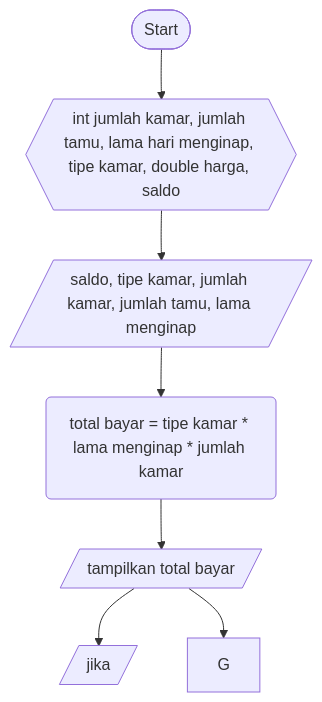
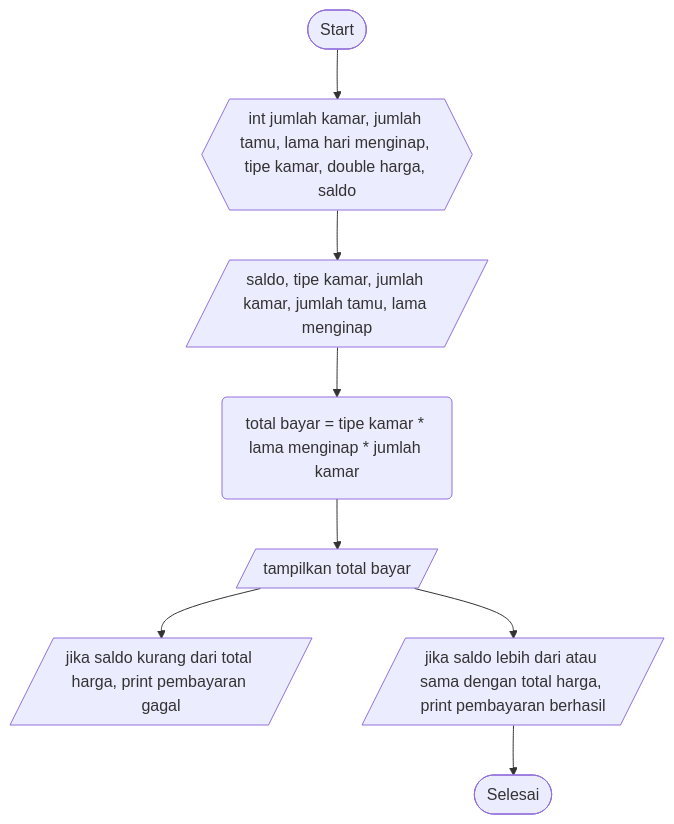
One commit to SATRIODIANNUGROHO/Sample2.1 changed the diagram in BookingRuangan.md. Above: the diagram before and after it, drawn with Mermaid.

````diff
--- a/BookingRuangan.md
+++ b/BookingRuangan.md
@@ -1,9 +1,10 @@
 ```mermaid
 flowchart TD;
     A([Start])-->B{{int jumlah kamar, jumlah tamu, lama hari menginap, tipe kamar, double harga, saldo}};
     B{{int jumlah kamar, jumlah tamu, lama hari menginap, tipe kamar, double harga, saldo}}-->C[/saldo, tipe kamar, jumlah kamar, jumlah tamu, lama menginap/];
     C[/saldo, tipe kamar, jumlah kamar, jumlah tamu, lama menginap/]-->D(total bayar = tipe kamar * lama menginap * jumlah kamar);
     D(total bayar = tipe kamar * lama menginap * jumlah kamar)-->E[/tampilkan total bayar/];
-    E[/tampilkan total bayar/]-->F[/jika/];
-    E[/tampilkan total bayar/]-->G;
+    E[/tampilkan total bayar/]-->F[/jika saldo kurang dari total harga, print pembayaran gagal/];
+    E[/tampilkan total bayar/]-->G[/jika saldo lebih dari atau sama dengan total harga, print pembayaran berhasil/];
+    G[/jika saldo lebih dari atau sama dengan total harga, print pembayaran berhasil/]-->H([Selesai])
 ```
````
